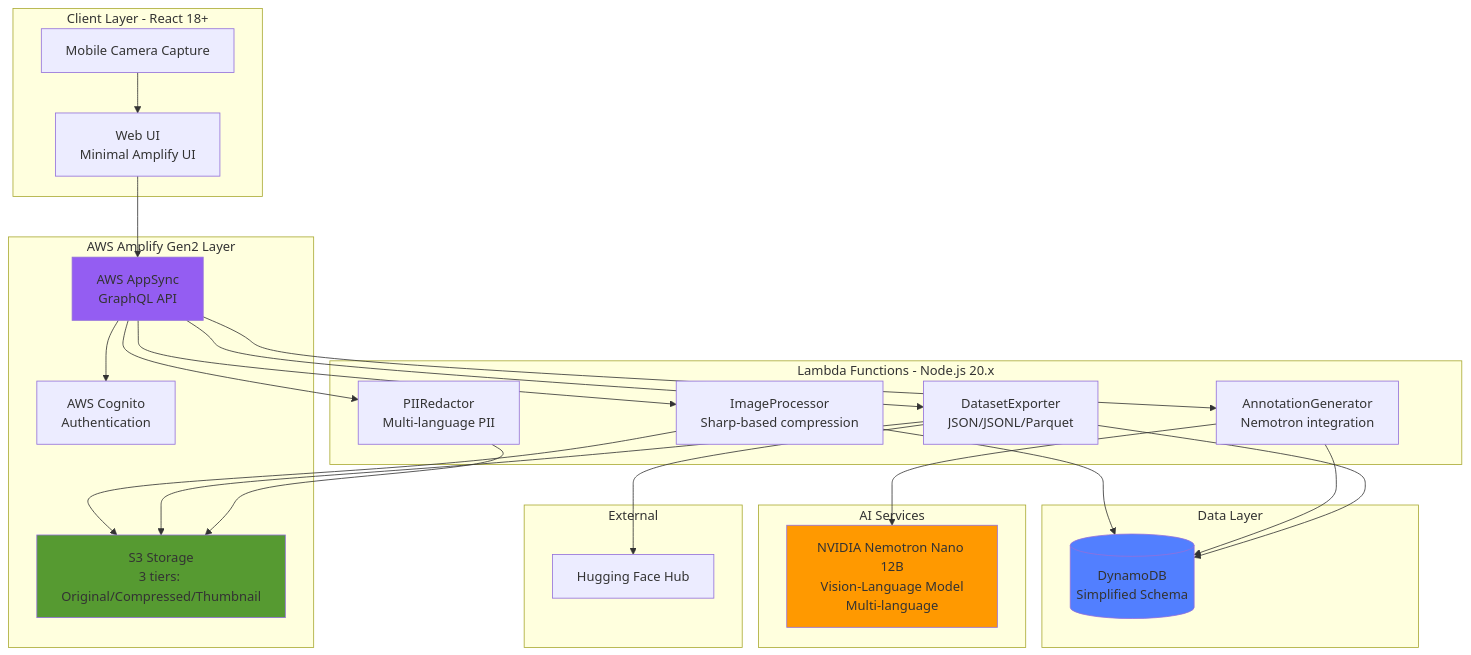
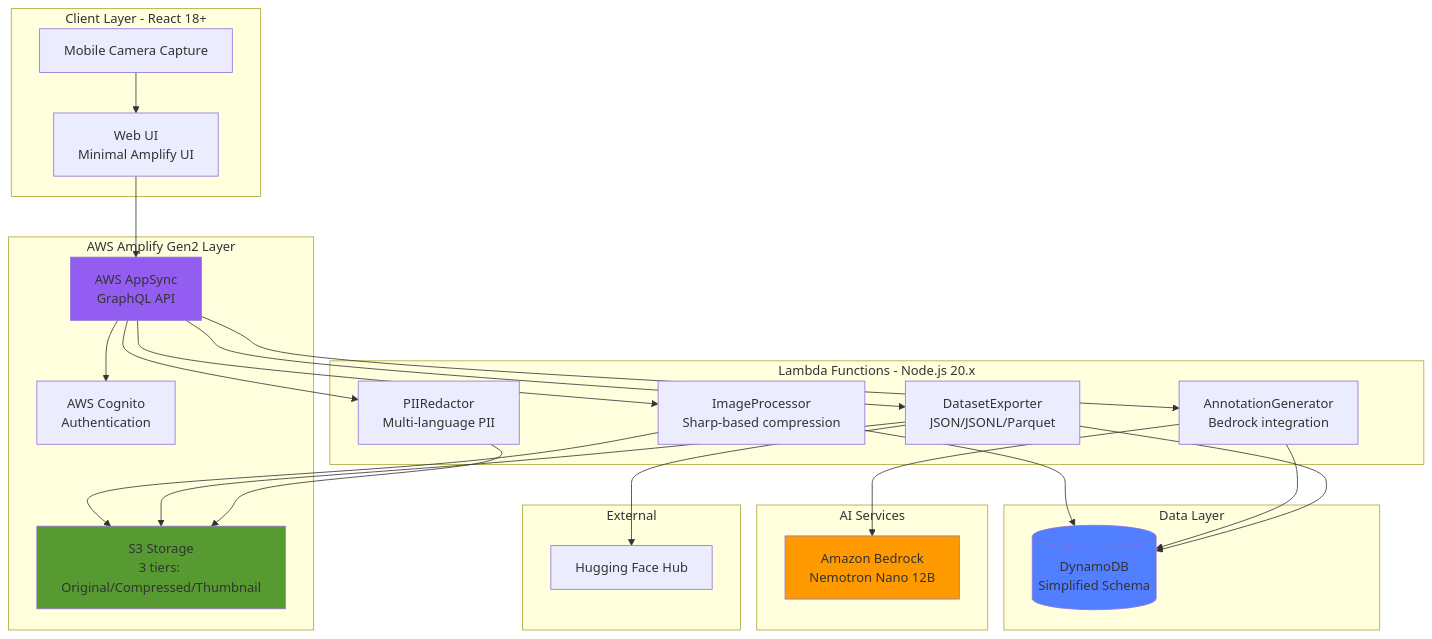
The diagram in spec/design.md (icoxfog417/business-ocr-annotator), drawn with Mermaid before and after one commit. The commit also changed other lines of this file and 2 other files, not shown here.

````diff
--- a/spec/design.md
+++ b/spec/design.md
@@ -11,54 +11,54 @@
 ```mermaid
 graph TB
     subgraph "Client Layer - React 18+"
         UI[Web UI<br/>Minimal Amplify UI]
         MobileUI[Mobile Camera Capture]
     end
 
     subgraph "AWS Amplify Gen2 Layer"
         Cognito[AWS Cognito<br/>Authentication]
         AppSync[AWS AppSync<br/>GraphQL API]
         S3Store[S3 Storage<br/>3 tiers: Original/Compressed/Thumbnail]
     end
 
     subgraph "Lambda Functions - Node.js 20.x"
         ImageProc[ImageProcessor<br/>Sharp-based compression]
-        AnnotGen[AnnotationGenerator<br/>Nemotron integration]
+        AnnotGen[AnnotationGenerator<br/>Bedrock integration]
         DatasetExp[DatasetExporter<br/>JSON/JSONL/Parquet]
         PIIRedact[PIIRedactor<br/>Multi-language PII]
     end
 
     subgraph "Data Layer"
         DynamoDB[(DynamoDB<br/>Simplified Schema)]
     end
 
     subgraph "AI Services"
-        Nemotron[NVIDIA Nemotron Nano 12B<br/>Vision-Language Model<br/>Multi-language]
+        Bedrock[Amazon Bedrock<br/>Nemotron Nano 12B]
     end
 
     subgraph "External"
         HF[Hugging Face Hub]
     end
 
     UI --> AppSync
     MobileUI --> UI
     AppSync --> Cognito
     AppSync --> ImageProc
     AppSync --> AnnotGen
     AppSync --> DatasetExp
     AppSync --> PIIRedact
 
     ImageProc --> S3Store
     ImageProc --> DynamoDB
-    AnnotGen --> Nemotron
+    AnnotGen --> Bedrock
     AnnotGen --> DynamoDB
     DatasetExp --> S3Store
     DatasetExp --> DynamoDB
     DatasetExp --> HF
     PIIRedact --> S3Store
 
-    style Nemotron fill:#ff9900
+    style Bedrock fill:#ff9900
     style DynamoDB fill:#527FFF
     style S3Store fill:#569A31
     style AppSync fill:#945DF2
 ```
````
